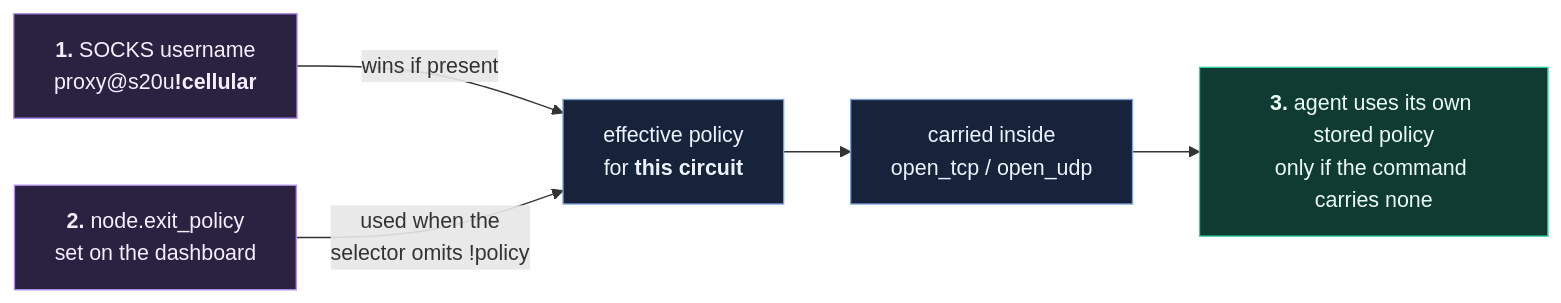
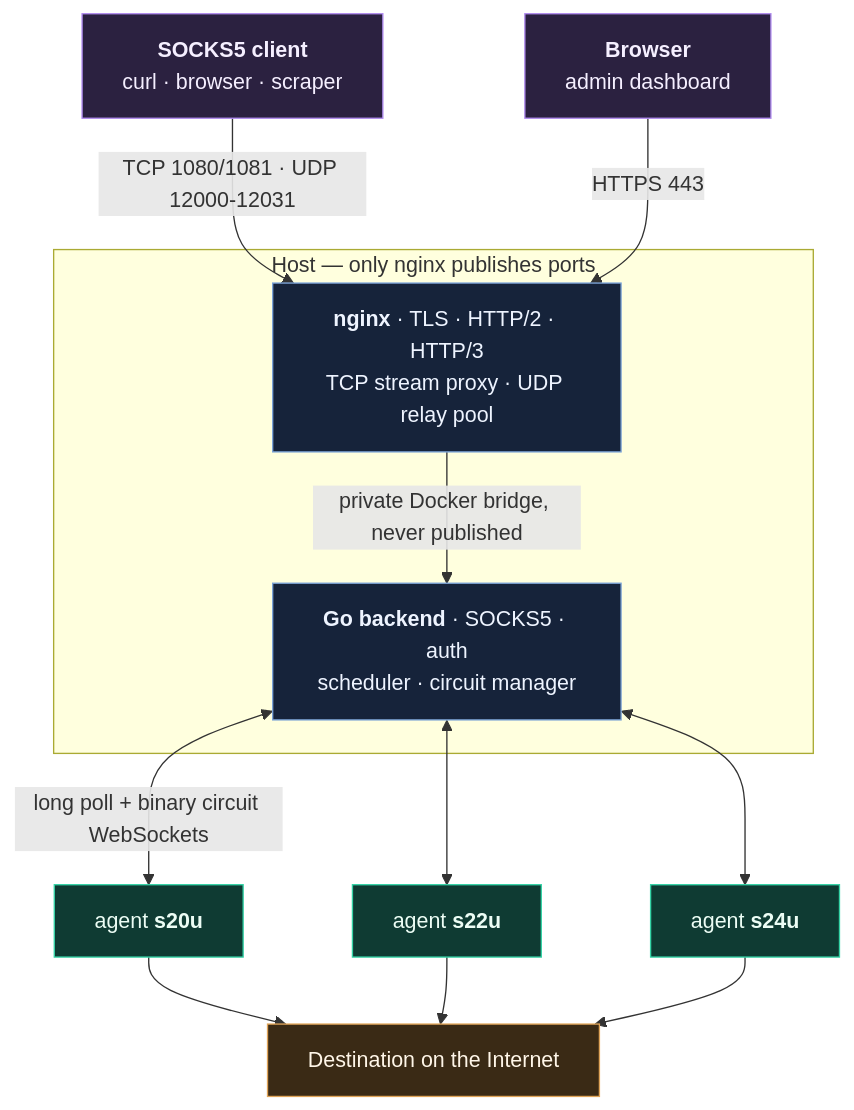
The third of 3 diagrams in README.md (CesarPetrescu/PocketExit), drawn with Mermaid before and after one commit. The commit also changed other lines of this file and 3 other files, not shown here.

````diff
--- a/README.md
+++ b/README.md
@@ -308,14 +253,31 @@
 ```mermaid
-flowchart LR
-    SEL["<b>1.</b> SOCKS username<br/>proxy@s20u<b>!cellular</b>"] -->|"wins if present"| EFF
-    NODE["<b>2.</b> node.exit_policy<br/>set on the dashboard"] -->|"used when the<br/>selector omits !policy"| EFF
-    EFF["effective policy<br/>for <b>this circuit</b>"] --> CMD["carried inside<br/>open_tcp / open_udp"]
-    CMD --> AGENT["<b>3.</b> agent uses its own stored policy<br/>only if the command carries none"]
+flowchart TB
+    CLI["<b>SOCKS5 client</b><br/>curl · browser · scraper"]
+    BROWSER["<b>Browser</b><br/>admin dashboard"]
 
-    classDef a fill:#2b2140,stroke:#b18cf0,color:#f5efff
-    classDef b fill:#16233a,stroke:#7aa2d6,color:#eef4ff
-    classDef c fill:#0f3b33,stroke:#34d3a6,color:#ecfdf5
-    class SEL,NODE a
-    class EFF,CMD b
-    class AGENT c
+    CLI -->|"TCP 1080/1081 · UDP 12000-12031"| NGINX
+    BROWSER -->|"HTTPS 443"| NGINX
+
+    subgraph vps["Host — only nginx publishes ports"]
+        NGINX["<b>nginx</b> · TLS · HTTP/2 · HTTP/3<br/>TCP stream proxy · UDP relay pool"]
+        GO["<b>Go backend</b> · SOCKS5 · auth<br/>scheduler · circuit manager"]
+        NGINX -->|"private Docker bridge, never published"| GO
+    end
+
+    GO <-->|"long poll + binary circuit WebSockets"| P1["agent <b>s20u</b>"]
+    GO <--> P2["agent <b>s22u</b>"]
+    GO <--> P3["agent <b>s24u</b>"]
+
+    P1 --> DEST["Destination on the Internet"]
+    P2 --> DEST
+    P3 --> DEST
+
+    classDef client fill:#2b2140,stroke:#b18cf0,color:#f5efff
+    classDef server fill:#16233a,stroke:#7aa2d6,color:#eef4ff
+    classDef phone fill:#0f3b33,stroke:#34d3a6,color:#ecfdf5
+    classDef net fill:#3a2a15,stroke:#e0a458,color:#fff6e8
+    class CLI,BROWSER client
+    class NGINX,GO server
+    class P1,P2,P3 phone
+    class DEST net
 ```
````
